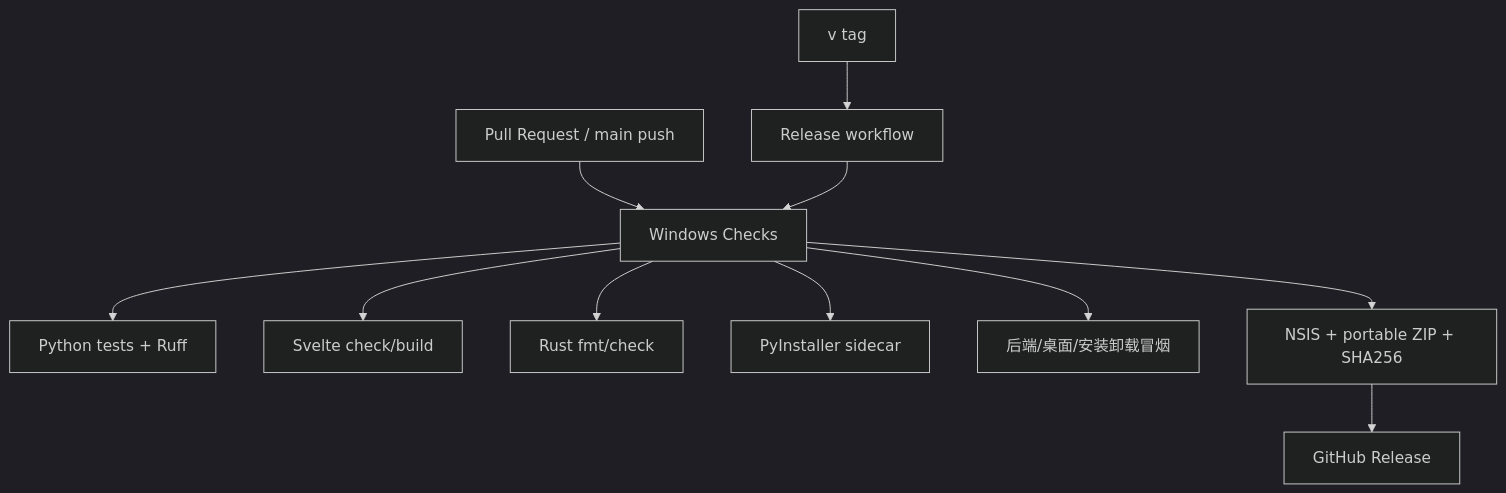
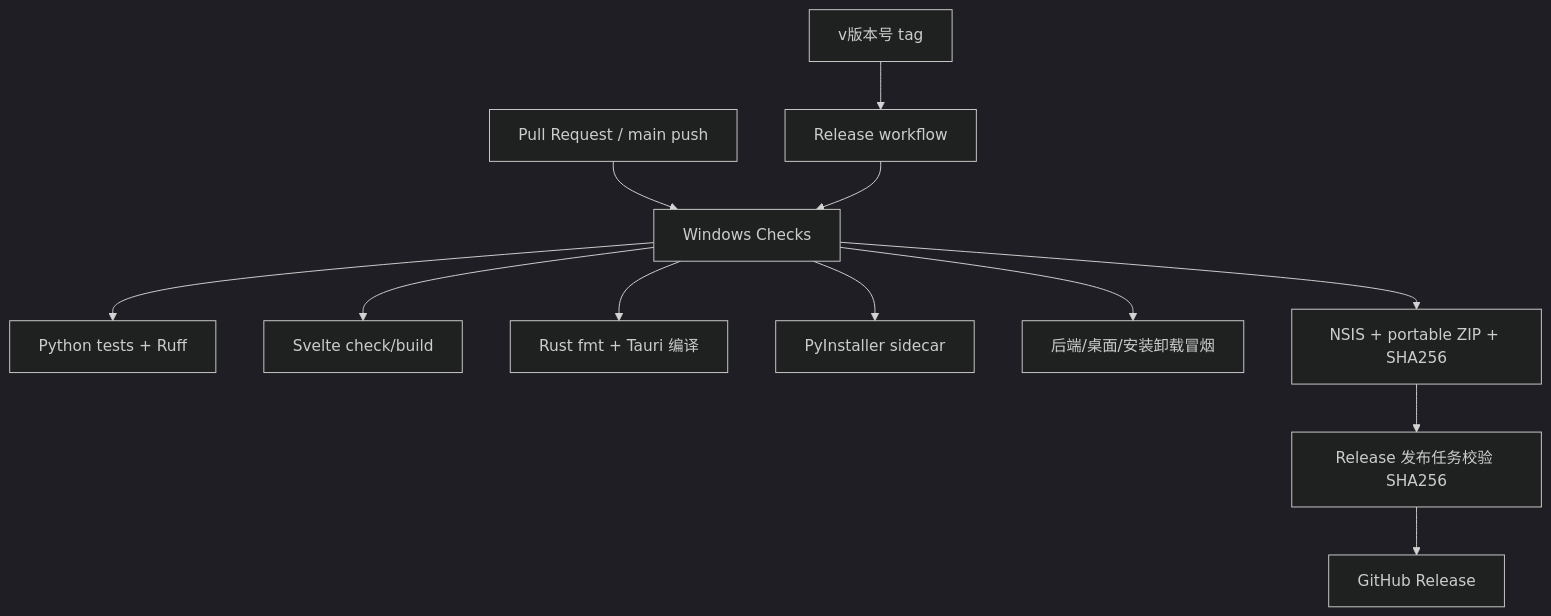
One commit to kevinalliswell/RKA-3000-comm-tester changed the third of 3 diagrams in docs/technical-architecture.md. Above: the diagram before and after it, drawn with Mermaid (dark theme). The commit also changed other lines of this file and 3 other files, not shown here.

````diff
--- a/docs/technical-architecture.md
+++ b/docs/technical-architecture.md
@@ -76,13 +77,14 @@
 ```mermaid
 flowchart TD
     PR[Pull Request / main push] --> Checks[Windows Checks]
     Checks --> Unit[Python tests + Ruff]
     Checks --> Frontend[Svelte check/build]
-    Checks --> Rust[Rust fmt/check]
+    Checks --> Rust[Rust fmt + Tauri 编译]
     Checks --> Freeze[PyInstaller sidecar]
     Checks --> Smoke[后端/桌面/安装卸载冒烟]
-    Tag[v<version> tag] --> Release[Release workflow]
+    Tag["v版本号 tag"] --> Release[Release workflow]
     Release --> Checks
     Checks --> Assets[NSIS + portable ZIP + SHA256]
-    Assets --> GitHub[GitHub Release]
+    Assets --> Publish[Release 发布任务校验 SHA256]
+    Publish --> GitHub[GitHub Release]
 ```
````
